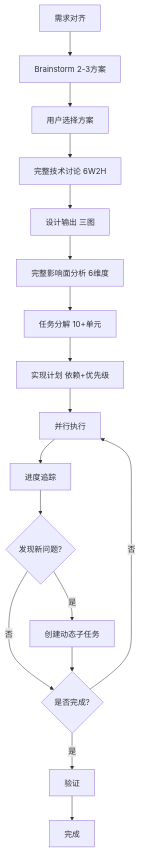
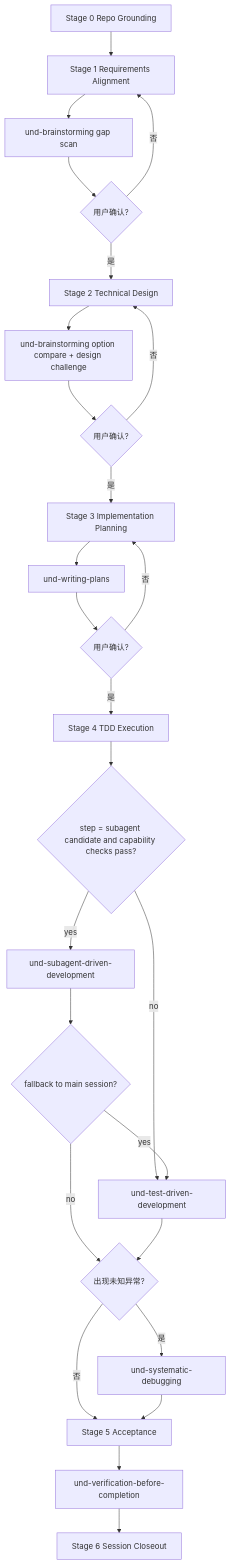
Before and after one commit to UNDaniel-ai/undaniel-skills: the diagram in skills/complex-task-solver/knowledge/5-route-c-complete-flow.md, drawn with Mermaid. The commit also changed other lines of this file and 63 other files, not shown here.

````diff
--- a/skills/complex-task-solver/knowledge/5-route-c-complete-flow.md
+++ b/skills/complex-task-solver/knowledge/5-route-c-complete-flow.md
@@ -19,19 +18,28 @@
 ```mermaid
 graph TD
-    A[需求对齐] --> B[Brainstorm 2-3方案]
-    B --> C[用户选择方案]
-    C --> D[完整技术讨论 6W2H]
-    D --> E[设计输出 三图]
-    E --> F[完整影响面分析 6维度]
-    F --> G[任务分解 10+单元]
-    G --> H[实现计划 依赖+优先级]
-    H --> I[并行执行]
-    I --> J[进度追踪]
-    J --> K{发现新问题?}
-    K -->|是| L[创建动态子任务]
-    K -->|否| M{是否完成?}
-    L --> M
-    M -->|否| I
-    M -->|是| N[验证]
-    N --> O[完成]
+    A[Stage 0 Repo Grounding] --> B[Stage 1 Requirements Alignment]
+    B --> C[und-brainstorming gap scan]
+    C --> D{用户确认?}
+    D -->|否| B
+    D -->|是| E[Stage 2 Technical Design]
+    E --> F[und-brainstorming option compare + design challenge]
+    F --> G{用户确认?}
+    G -->|否| E
+    G -->|是| H[Stage 3 Implementation Planning]
+    H --> I[und-writing-plans]
+    I --> J{用户确认?}
+    J -->|否| H
+    J -->|是| K[Stage 4 TDD Execution]
+    K --> L{step = subagent candidate and capability checks pass?}
+    L -->|yes| M[und-subagent-driven-development]
+    L -->|no| N[und-test-driven-development]
+    M --> O{fallback to main session?}
+    O -->|yes| N
+    O -->|no| P{出现未知异常?}
+    N --> P
+    P -->|是| Q[und-systematic-debugging]
+    P -->|否| R[Stage 5 Acceptance]
+    Q --> R
+    R --> S[und-verification-before-completion]
+    S --> T[Stage 6 Session Closeout]
 ```
````
